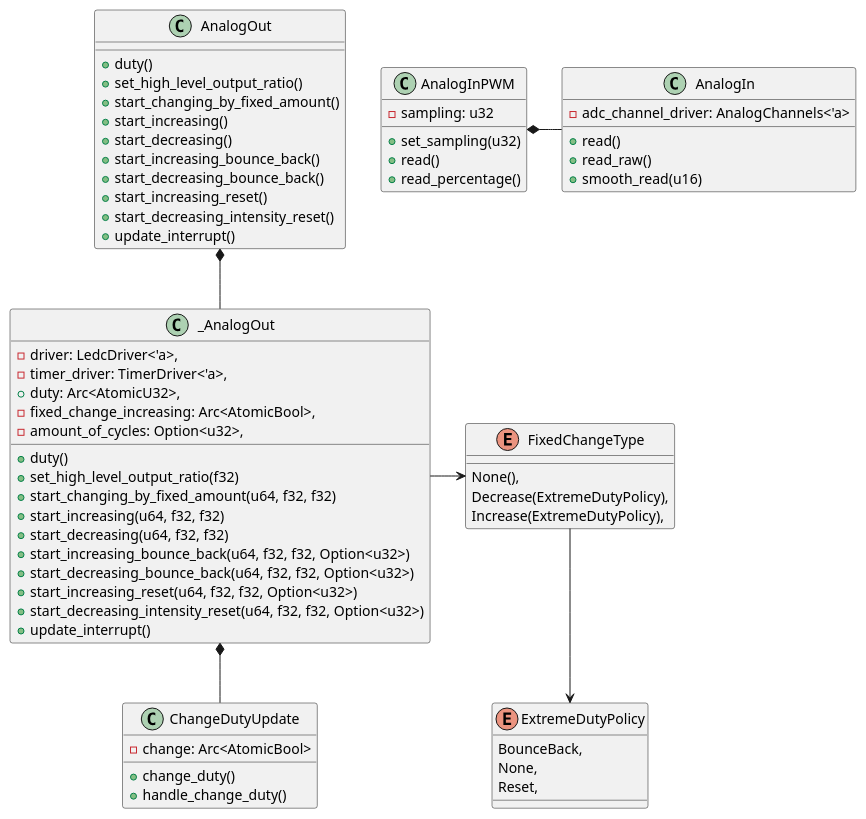
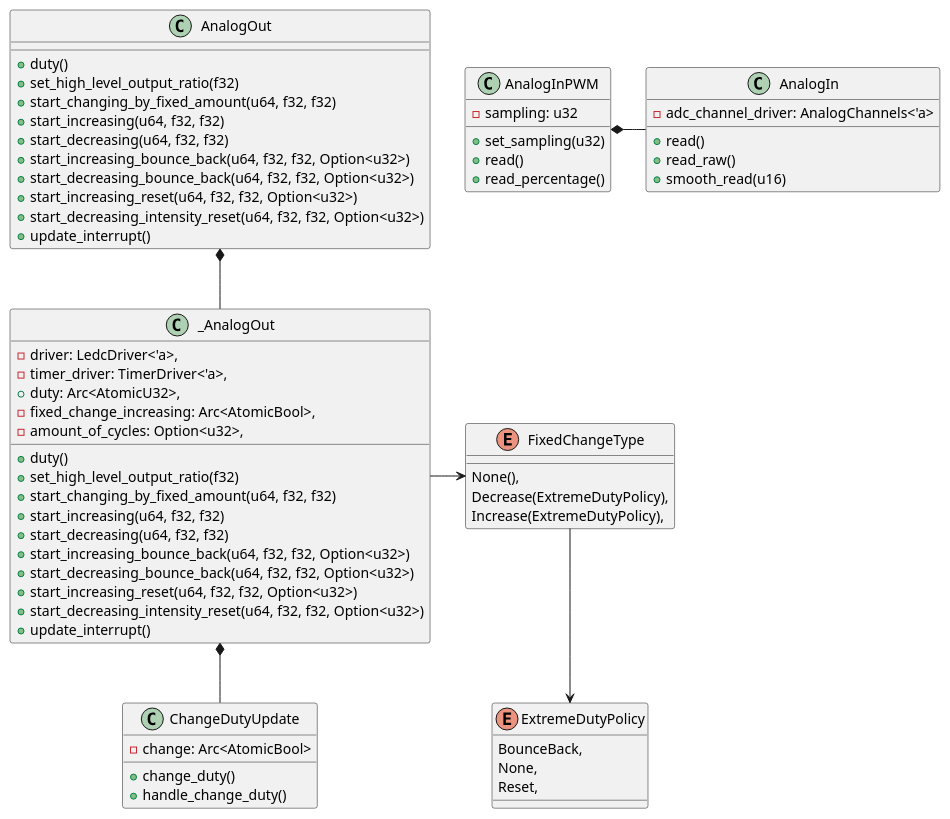
Before and after one commit to esp32framework/esp32framework: the diagram in diagrams/analog.puml, drawn with PlantUML. The commit also changed 8 other files, not shown here.

```diff
--- a/diagrams/analog.puml
+++ b/diagrams/analog.puml
@@ -1,72 +1,72 @@
 @startuml analog
 class AnalogOut {
     + duty()
-    + set_high_level_output_ratio()
-    + start_changing_by_fixed_amount()
-    + start_increasing()
-    + start_decreasing()
-    + start_increasing_bounce_back()
-    + start_decreasing_bounce_back()
-    + start_increasing_reset()
-    + start_decreasing_intensity_reset()
+    + set_high_level_output_ratio(f32)
+    + start_changing_by_fixed_amount(u64, f32, f32)
+    + start_increasing(u64, f32, f32)
+    + start_decreasing(u64, f32, f32)
+    + start_increasing_bounce_back(u64, f32, f32, Option<u32>)
+    + start_decreasing_bounce_back(u64, f32, f32, Option<u32>)
+    + start_increasing_reset(u64, f32, f32, Option<u32>)
+    + start_decreasing_intensity_reset(u64, f32, f32, Option<u32>)
     + update_interrupt()
 }
 
 class _AnalogOut{
     -driver: LedcDriver<'a>,
     -timer_driver: TimerDriver<'a>,
     +duty: Arc<AtomicU32>,
     -fixed_change_increasing: Arc<AtomicBool>,
     -amount_of_cycles: Option<u32>,
     + duty()
     + set_high_level_output_ratio(f32)
     + start_changing_by_fixed_amount(u64, f32, f32)
     + start_increasing(u64, f32, f32)
     + start_decreasing(u64, f32, f32)
     + start_increasing_bounce_back(u64, f32, f32, Option<u32>)
     + start_decreasing_bounce_back(u64, f32, f32, Option<u32>)
     + start_increasing_reset(u64, f32, f32, Option<u32>)
     + start_decreasing_intensity_reset(u64, f32, f32, Option<u32>)
     + update_interrupt()
 
 }
 
 class AnalogIn {
     -adc_channel_driver: AnalogChannels<'a>
     +read()
     +read_raw()
     +smooth_read(u16)
 }
 
 class AnalogInPWM{
     -sampling: u32
     +set_sampling(u32)
     +read()
     +read_percentage()
 }
 
 class ChangeDutyUpdate{
     -change: Arc<AtomicBool>
     +change_duty()
     +handle_change_duty()
 }
 
 enum FixedChangeType {
     None(),
     Decrease(ExtremeDutyPolicy),
     Increase(ExtremeDutyPolicy),
 }
 
 enum ExtremeDutyPolicy{
     BounceBack,
     None,
     Reset,
 }
 
 AnalogOut *-- _AnalogOut
 _AnalogOut *-- ChangeDutyUpdate
 _AnalogOut -> FixedChangeType
 AnalogInPWM *- AnalogIn
 FixedChangeType --> ExtremeDutyPolicy
 
 @enduml
```
